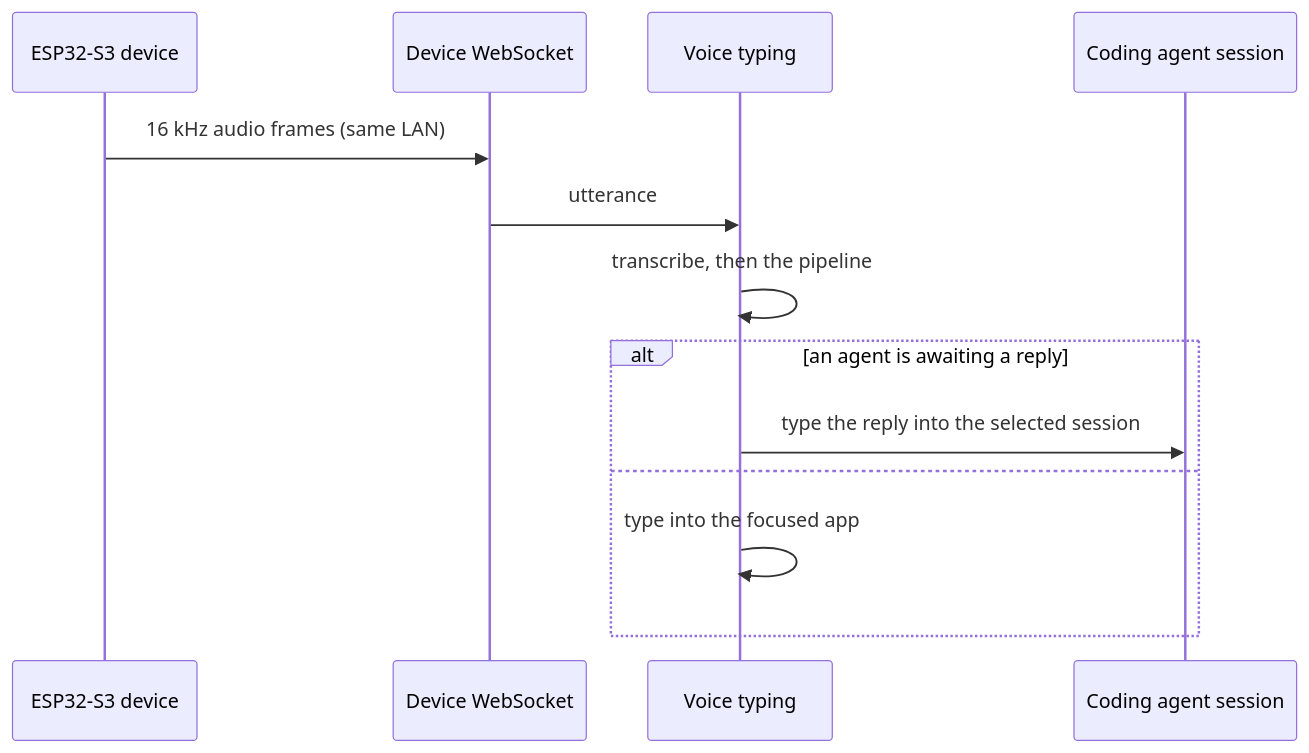
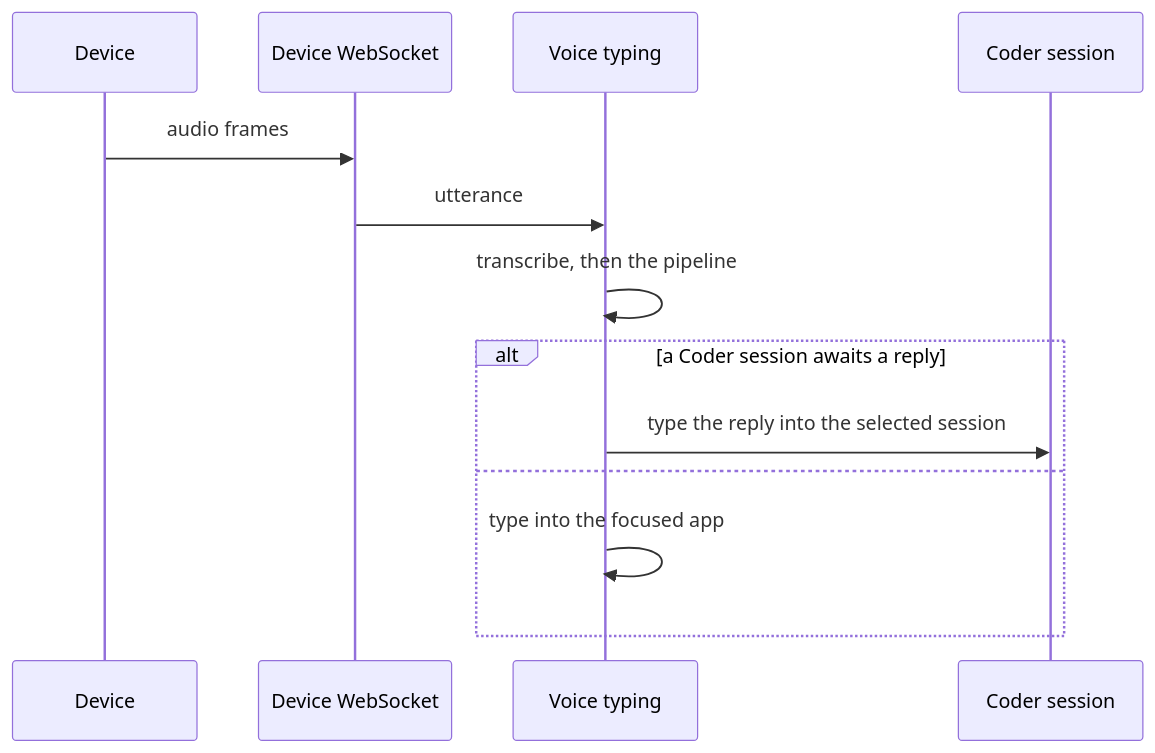
The third of 8 diagrams in docs/ARCHITECTURE.md (karolswdev/HoldSpeak), drawn with Mermaid before and after one commit. The commit also changed other lines of this file and 66 other files, not shown here.

````diff
--- a/docs/ARCHITECTURE.md
+++ b/docs/ARCHITECTURE.md
@@ -339,15 +220,15 @@
 ```mermaid
 sequenceDiagram
-  participant D as ESP32-S3 device
+  participant D as Device
   participant WS as Device WebSocket
   participant VT as Voice typing
-  participant AG as Coding agent session
-  D->>WS: 16 kHz audio frames (same LAN)
+  participant AG as Coder session
+  D->>WS: audio frames
   WS->>VT: utterance
   VT->>VT: transcribe, then the pipeline
-  alt an agent is awaiting a reply
+  alt a Coder session awaits a reply
     VT->>AG: type the reply into the selected session
   else
     VT->>VT: type into the focused app
   end
 ```
````
